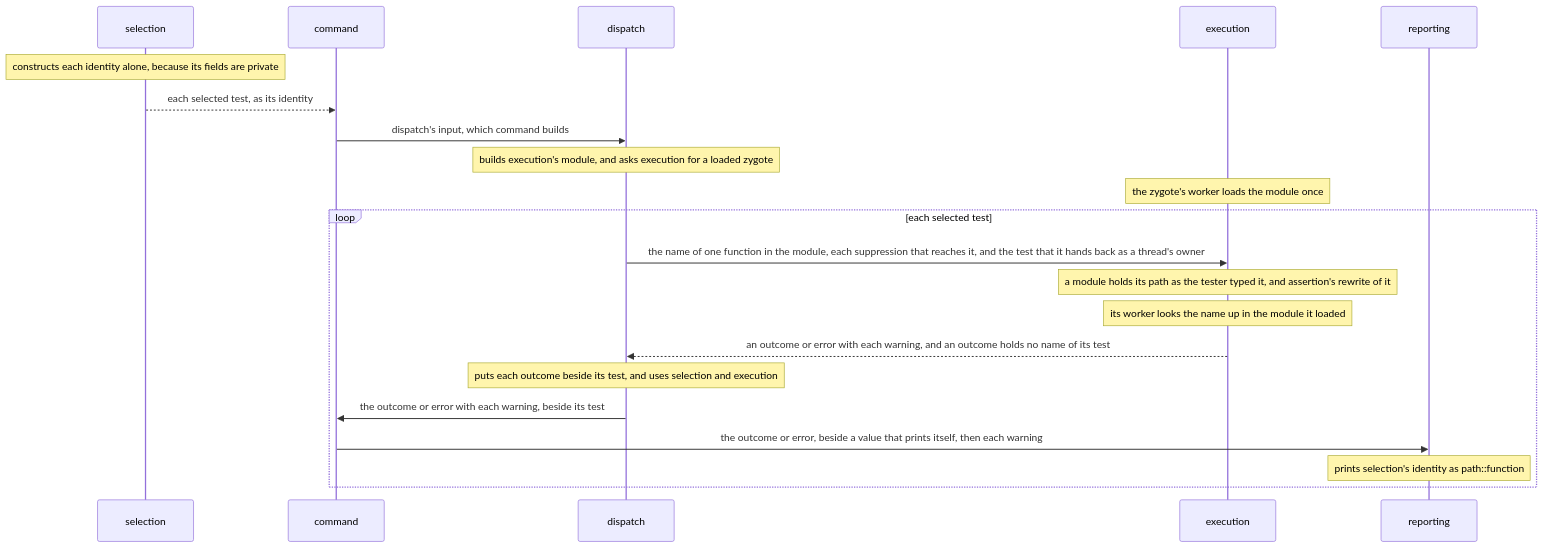
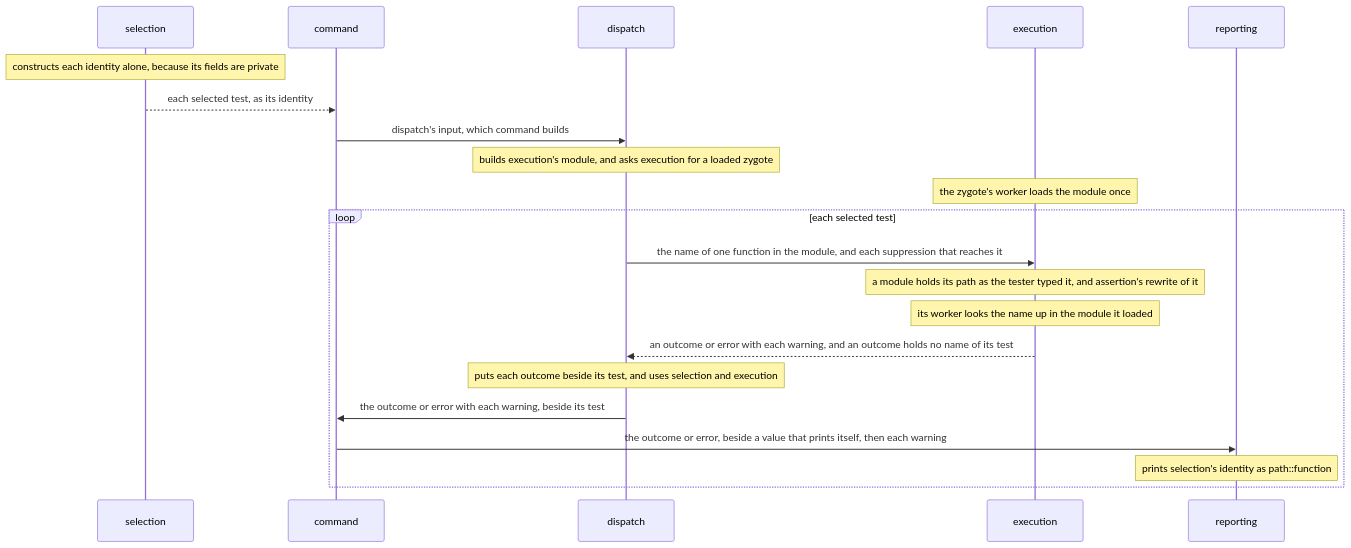
One commit to kalonji-tools/purba changed the diagram in docs/decisions/execution-calls-a-test-by-its-functions-name.md. Above: the diagram before and after it, drawn with Mermaid. The commit also changed 24 other files, not shown here.

````diff
--- a/docs/decisions/execution-calls-a-test-by-its-functions-name.md
+++ b/docs/decisions/execution-calls-a-test-by-its-functions-name.md
@@ -32,23 +32,23 @@
 ```mermaid
 sequenceDiagram
   participant selection
   participant command
   participant dispatch
   participant execution
   participant reporting
   Note over selection: constructs each identity alone, because its fields are private
   selection-->>command: each selected test, as its identity
   command->>dispatch: dispatch's input, which command builds
   Note over dispatch: builds execution's module, and asks execution for a loaded zygote
   Note over execution: the zygote's worker loads the module once
   loop each selected test
-    dispatch->>execution: the name of one function in the module, each suppression that reaches it, and the test that it hands back as a thread's owner
+    dispatch->>execution: the name of one function in the module, and each suppression that reaches it
     Note over execution: a module holds its path as the tester typed it, and assertion's rewrite of it
     Note over execution: its worker looks the name up in the module it loaded
     execution-->>dispatch: an outcome or error with each warning, and an outcome holds no name of its test
     Note over dispatch: puts each outcome beside its test, and uses selection and execution
     dispatch->>command: the outcome or error with each warning, beside its test
     command->>reporting: the outcome or error, beside a value that prints itself, then each warning
     Note over reporting: prints selection's identity as path::function
   end
 ```
````
